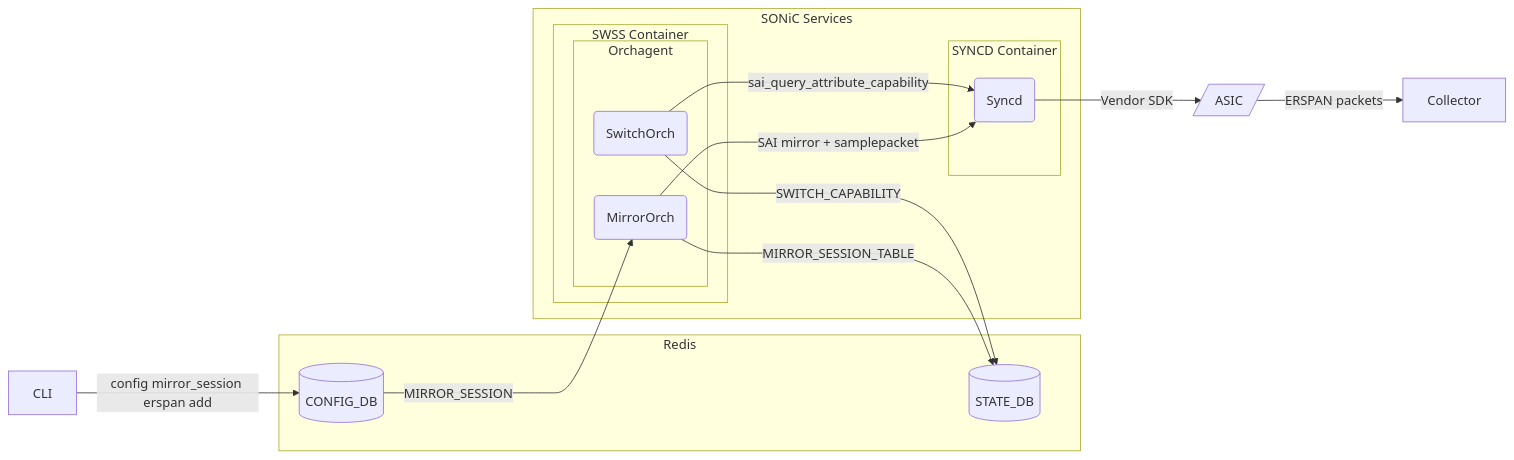
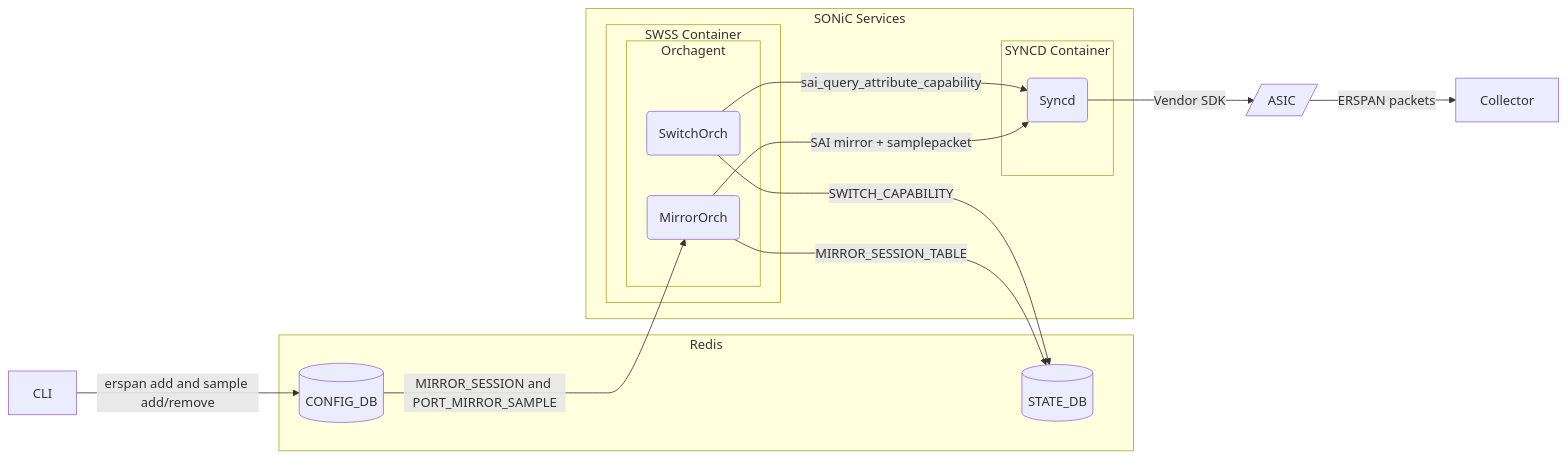
The first of 3 diagrams in doc/port-mirroring/SONiC_Port_Mirroring_HLD.md (sonic-net/SONiC), drawn with Mermaid before and after one commit. The commit also changed other lines of this file, not shown here.

First line of the commit message:
[HLD][Port Mirror] Separate sampled source bindings into PORT_MIRROR_SAMPLE

````diff
--- a/doc/port-mirroring/SONiC_Port_Mirroring_HLD.md
+++ b/doc/port-mirroring/SONiC_Port_Mirroring_HLD.md
@@ -156,30 +157,30 @@
 ```mermaid
 flowchart LR
     subgraph Redis
         config_db[(CONFIG_DB)]
         state_db[(STATE_DB)]
     end
 
     subgraph SONiC Services
         subgraph SWSS Container
             subgraph Orchagent
                 switch_orch(SwitchOrch)
                 mirror_orch(MirrorOrch)
             end
         end
         subgraph SYNCD Container
             syncd(Syncd)
         end
     end
 
     asic[/ASIC/]
 
-    cli[CLI] -->|config mirror_session erspan add| config_db
-    config_db -->|MIRROR_SESSION| mirror_orch
+    cli[CLI] -->|erspan add and sample add/remove| config_db
+    config_db -->|MIRROR_SESSION and PORT_MIRROR_SAMPLE| mirror_orch
     switch_orch -->|sai_query_attribute_capability| syncd
     switch_orch -->|SWITCH_CAPABILITY| state_db
     mirror_orch -->|SAI mirror + samplepacket| syncd
     mirror_orch -->|MIRROR_SESSION_TABLE| state_db
     syncd -->|Vendor SDK| asic
     asic -->|ERSPAN packets| collector[Collector]
 ```
````
